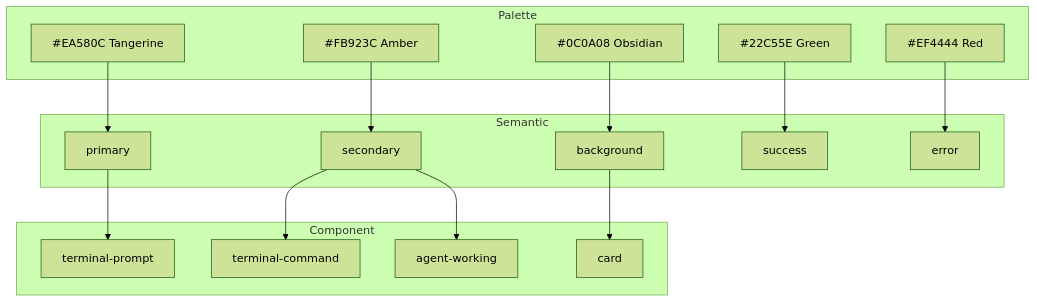
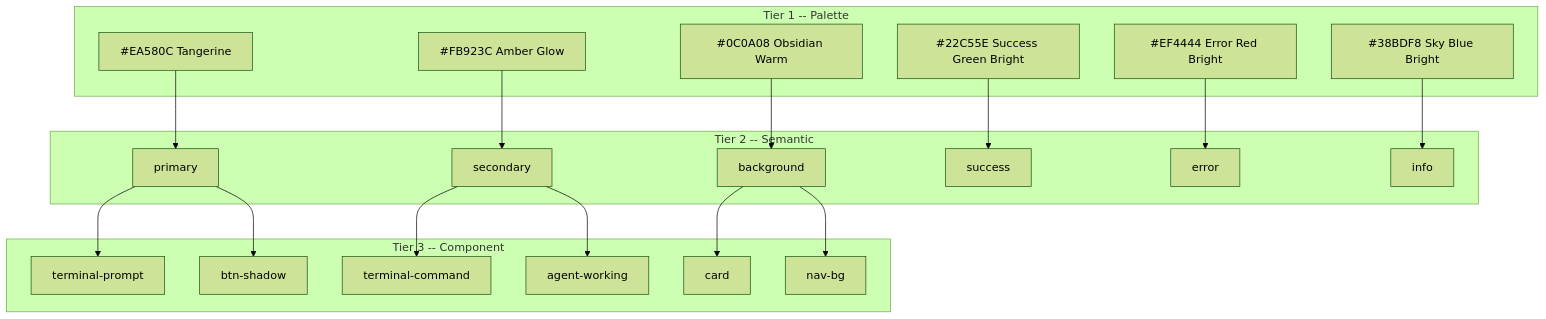
Before and after one commit to gh-curious-otter/bc: the first of 4 diagrams in docs/architecture/design-system.md, drawn with Mermaid (forest theme). The commit also changed other lines of this file, not shown here.

````diff
--- a/docs/architecture/design-system.md
+++ b/docs/architecture/design-system.md
@@ -88,29 +157,43 @@
 ```mermaid
 graph TD
-    subgraph Palette
+    subgraph "Tier 1 -- Palette"
         P1["#EA580C Tangerine"]
-        P2["#FB923C Amber"]
-        P3["#0C0A08 Obsidian"]
-        P4["#22C55E Green"]
-        P5["#EF4444 Red"]
+        P2["#FB923C Amber Glow"]
+        P3["#0C0A08 Obsidian Warm"]
+        P4["#22C55E Success Green Bright"]
+        P5["#EF4444 Error Red Bright"]
+        P6["#38BDF8 Sky Blue Bright"]
     end
-    subgraph Semantic
+
+    subgraph "Tier 2 -- Semantic"
         S1["primary"]
         S2["secondary"]
         S3["background"]
         S4["success"]
         S5["error"]
+        S6["info"]
     end
-    subgraph Component
+
+    subgraph "Tier 3 -- Component"
         C1["terminal-prompt"]
         C2["terminal-command"]
         C3["card"]
-        C4["agent-working"]
+        C4["nav-bg"]
+        C5["btn-shadow"]
+        C6["agent-working"]
     end
-    P1 --> S1 --> C1
-    P2 --> S2 --> C2
-    P3 --> S3 --> C3
+
+    P1 --> S1
+    P2 --> S2
+    P3 --> S3
     P4 --> S4
     P5 --> S5
-    S2 --> C4
+    P6 --> S6
+
+    S1 --> C1
+    S2 --> C2
+    S3 --> C3
+    S3 --> C4
+    S1 --> C5
+    S2 --> C6
 ```
````
